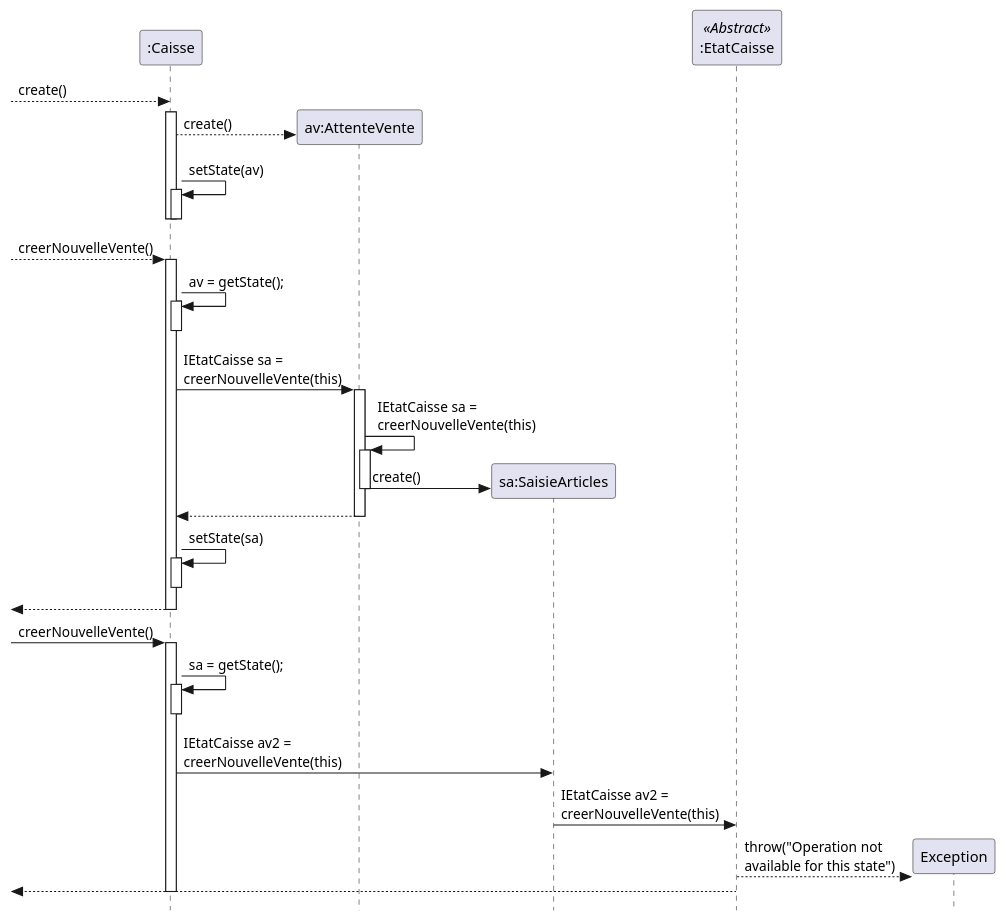
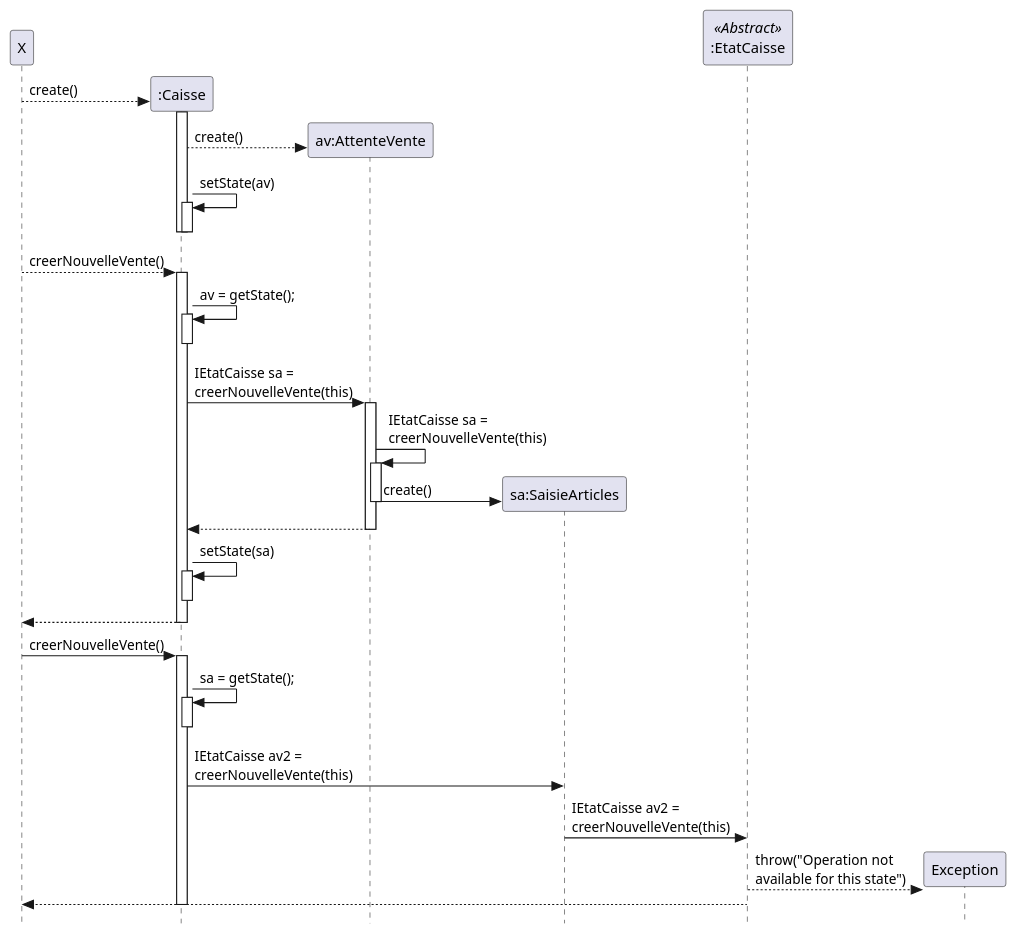
One commit to yvanross/LOG210-exercices changed the second of 2 diagrams in etat/caisse-enregistreuse/etat-caisse-enregistruse->classe.plantuml. Above: the diagram before and after it, drawn with PlantUML. The commit also changed 11 other files, not shown here.

```diff
--- a/etat/caisse-enregistreuse/etat-caisse-enregistruse->classe.plantuml
+++ b/etat/caisse-enregistreuse/etat-caisse-enregistruse->classe.plantuml
@@ -66,50 +66,51 @@
 @startuml
 skinparam Style strictuml
 
+participant X
 participant ":Caisse" as C
 participant "av:AttenteVente"  as AV
 participant "sa:SaisieArticles" as SA 
 Participant ":EtatCaisse" as IS <<Abstract>>
 
- --> C**: create()
+ X --> C**: create()
  activate C
 C --> AV**: create()
 C -> C: setState(av)
 activate C
 deactivate C
 deactivate C
 
- --> C: creerNouvelleVente()
+X --> C: creerNouvelleVente()
 activate C
 C -> C: av = getState();
 activate C
 deactivate C
 C -> AV: IEtatCaisse sa = \ncreerNouvelleVente(this)
 activate AV
 AV -> AV: IEtatCaisse sa = \ncreerNouvelleVente(this)
 activate AV
 AV -> SA**: create()
 deactivate AV
 C <-- AV
 deactivate AV
 
 C -> C: setState(sa)
 activate C
 deactivate C
- <-- C 
+X <-- C 
 deactivate C
 
 
 
 
- -> C: creerNouvelleVente()
+X -> C: creerNouvelleVente()
 activate C
 C -> C: sa = getState();
 activate C
 deactivate C
 C -> SA: IEtatCaisse av2 = \ncreerNouvelleVente(this)
 SA -> IS : IEtatCaisse av2 = \ncreerNouvelleVente(this)
 IS --> Exception**: throw("Operation not \navailable for this state")
-<-- IS 
+X <-- IS 
 deactivate C
 @enduml
```
